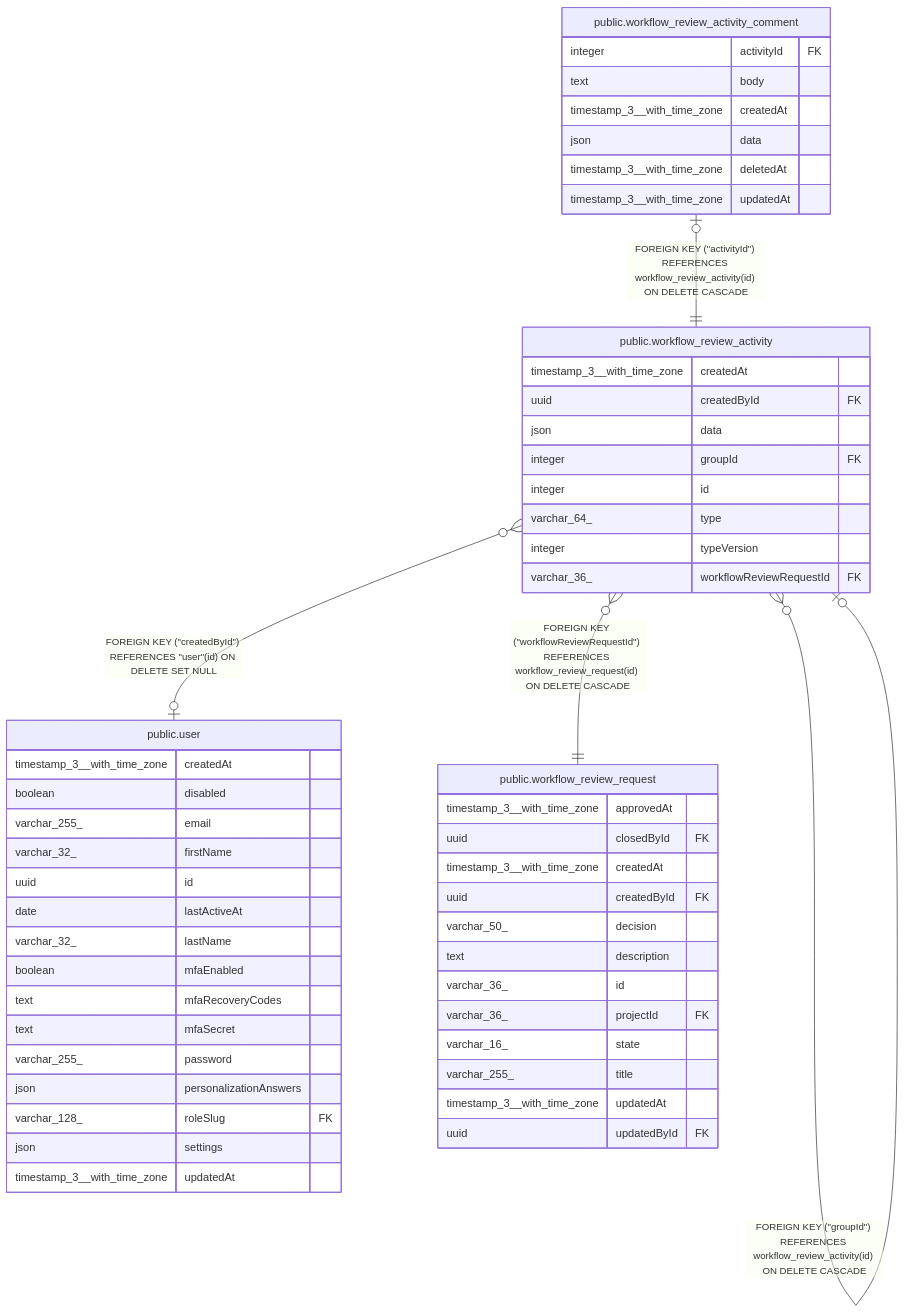
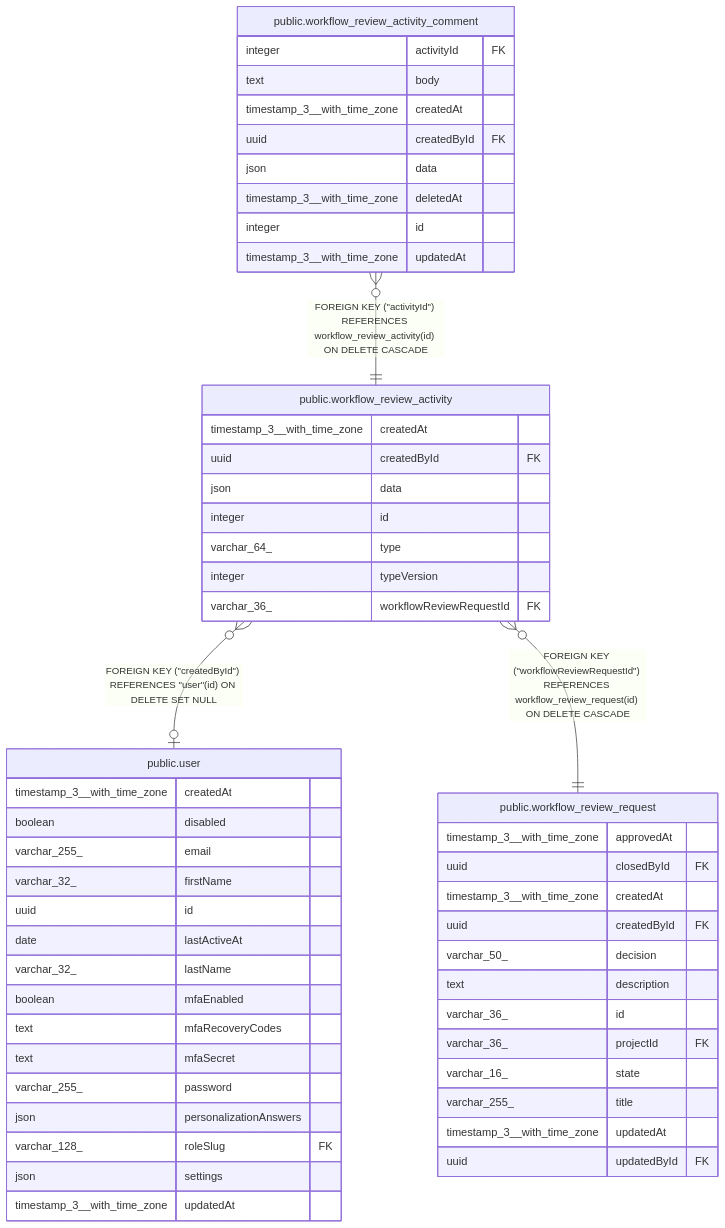
The diagram in docs/generated/postgres-schema/public.workflow_review_activity.md (mayankjain1815-commits/n8n), drawn with Mermaid before and after one commit. The commit also changed other lines of this file and 13 other files, not shown here.

````diff
--- a/docs/generated/postgres-schema/public.workflow_review_activity.md
+++ b/docs/generated/postgres-schema/public.workflow_review_activity.md
@@ -40,58 +37,58 @@
 ```mermaid
 erDiagram
 
 "public.workflow_review_activity" }o--o| "public.user" : "FOREIGN KEY (#quot;createdById#quot;) REFERENCES #quot;user#quot;(id) ON DELETE SET NULL"
-"public.workflow_review_activity" }o--o| "public.workflow_review_activity" : "FOREIGN KEY (#quot;groupId#quot;) REFERENCES workflow_review_activity(id) ON DELETE CASCADE"
-"public.workflow_review_activity_comment" |o--|| "public.workflow_review_activity" : "FOREIGN KEY (#quot;activityId#quot;) REFERENCES workflow_review_activity(id) ON DELETE CASCADE"
+"public.workflow_review_activity_comment" }o--|| "public.workflow_review_activity" : "FOREIGN KEY (#quot;activityId#quot;) REFERENCES workflow_review_activity(id) ON DELETE CASCADE"
 "public.workflow_review_activity" }o--|| "public.workflow_review_request" : "FOREIGN KEY (#quot;workflowReviewRequestId#quot;) REFERENCES workflow_review_request(id) ON DELETE CASCADE"
 
 "public.workflow_review_activity" {
   timestamp_3__with_time_zone createdAt
   uuid createdById FK
   json data
-  integer groupId FK
   integer id
   varchar_64_ type
   integer typeVersion
   varchar_36_ workflowReviewRequestId FK
 }
 "public.user" {
   timestamp_3__with_time_zone createdAt
   boolean disabled
   varchar_255_ email
   varchar_32_ firstName
   uuid id
   date lastActiveAt
   varchar_32_ lastName
   boolean mfaEnabled
   text mfaRecoveryCodes
   text mfaSecret
   varchar_255_ password
   json personalizationAnswers
   varchar_128_ roleSlug FK
   json settings
   timestamp_3__with_time_zone updatedAt
 }
 "public.workflow_review_activity_comment" {
   integer activityId FK
   text body
   timestamp_3__with_time_zone createdAt
+  uuid createdById FK
   json data
   timestamp_3__with_time_zone deletedAt
+  integer id
   timestamp_3__with_time_zone updatedAt
 }
 "public.workflow_review_request" {
   timestamp_3__with_time_zone approvedAt
   uuid closedById FK
   timestamp_3__with_time_zone createdAt
   uuid createdById FK
   varchar_50_ decision
   text description
   varchar_36_ id
   varchar_36_ projectId FK
   varchar_16_ state
   varchar_255_ title
   timestamp_3__with_time_zone updatedAt
   uuid updatedById FK
 }
 ```
````
